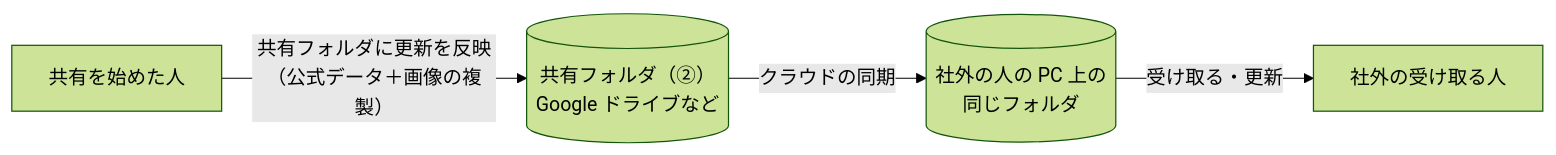
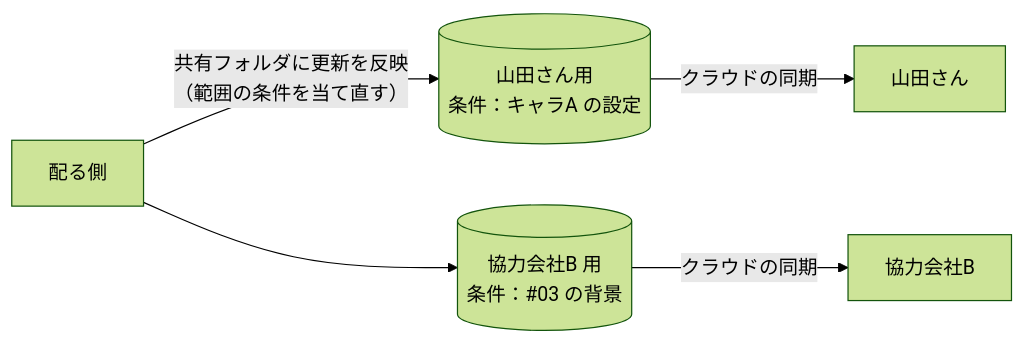
One commit to animtools/RefPicker changed the fifth of 16 diagrams in SYNC_GUIDE.md. Above: the diagram before and after it, drawn with Mermaid (forest theme). The commit also changed other lines of this file and 27 other files, not shown here.

First line of the commit message:
docs: 0.6.0 の公開文書（扱えるファイル・共有先の渡し方と範囲・自由タグのピッカーとタグの管理・起動時の新しいバージョンの確認など）と CHANGELOG、図を 0.6.0 の画面にする

````diff
--- a/SYNC_GUIDE.md
+++ b/SYNC_GUIDE.md
@@ -201,6 +254,7 @@
 ```mermaid
 flowchart LR
-    S["共有を始めた人"] -- "共有フォルダに更新を反映<br/>（公式データ＋画像の複製）" --> SF[("共有フォルダ（②）<br/>Google ドライブなど")]
-    SF -- "クラウドの同期" --> SF2[("社外の人の PC 上の<br/>同じフォルダ")]
-    SF2 -- "受け取る・更新" --> A["社外の受け取る人"]
+    S["配る側"] -- "共有フォルダに更新を反映<br/>（範囲の条件を当て直す）" --> SF1[("山田さん用<br/>条件：キャラA の設定")]
+    S --> SF2[("協力会社B 用<br/>条件：#03 の背景")]
+    SF1 -- "クラウドの同期" --> A1["山田さん"]
+    SF2 -- "クラウドの同期" --> A2["協力会社B"]
 ```
````
